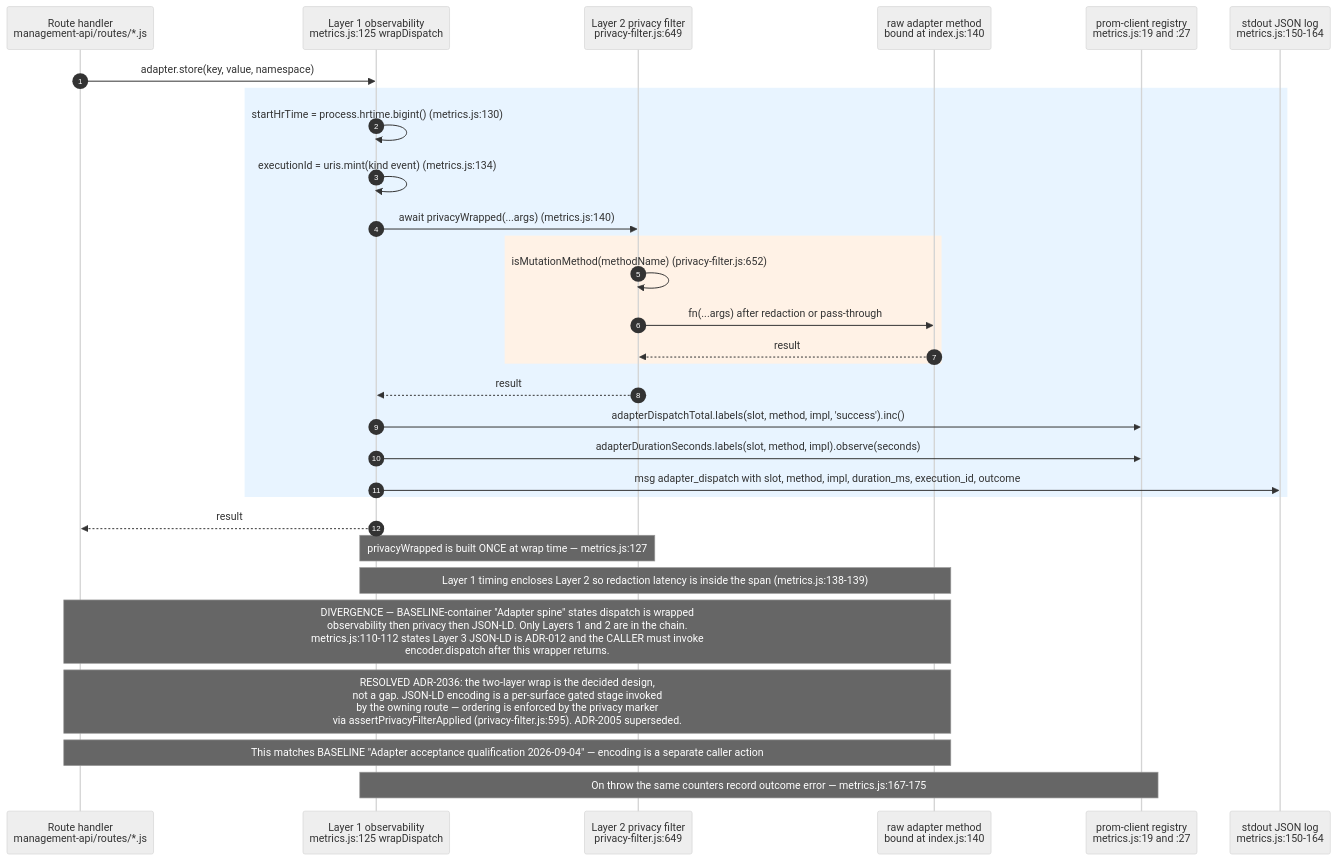
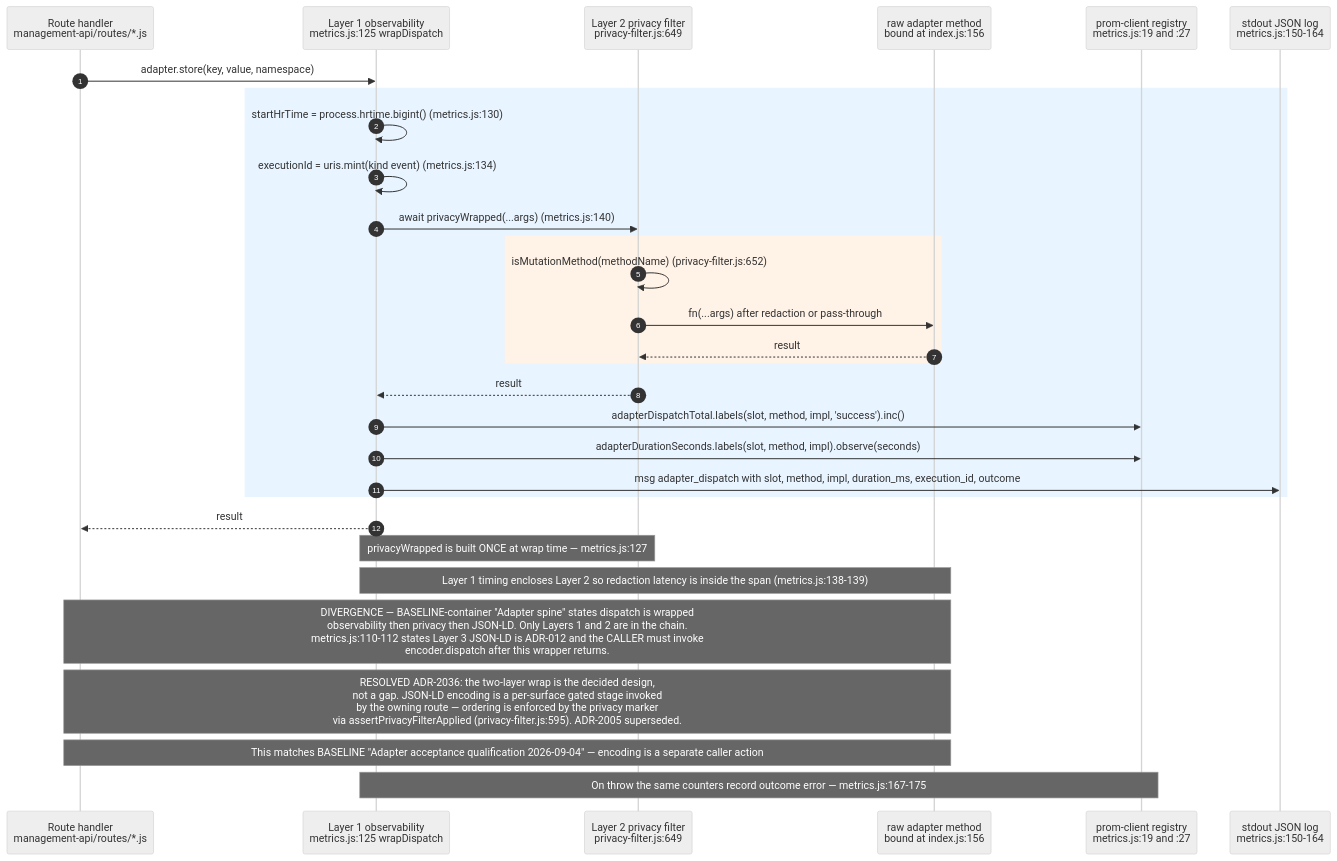
The fourth of 16 diagrams in docs/diagrams/agentbox/04-adapter-spine.md (DreamLab-AI/AR-AI-Knowledge-Graph), drawn with Mermaid (neutral theme) before and after one commit. The commit also changed other lines of this file and 73 other files, not shown here.

First line of the commit message:
docs(diagrams): re-verify all 71 topic files against HEAD; add --cite-check

````diff
--- a/docs/diagrams/agentbox/04-adapter-spine.md
+++ b/docs/diagrams/agentbox/04-adapter-spine.md
@@ -177,33 +178,33 @@
 ```mermaid
 sequenceDiagram
     autonumber
     participant C as Route handler<br/>management-api/routes/*.js
     participant L1 as Layer 1 observability<br/>metrics.js:125 wrapDispatch
     participant L2 as Layer 2 privacy filter<br/>privacy-filter.js:649
-    participant FN as raw adapter method<br/>bound at index.js:140
+    participant FN as raw adapter method<br/>bound at index.js:156
     participant PM as prom-client registry<br/>metrics.js:19 and :27
     participant LOG as stdout JSON log<br/>metrics.js:150-164
 
     C->>L1: adapter.store(key, value, namespace)
     rect rgb(232, 244, 255)
         L1->>L1: startHrTime = process.hrtime.bigint() (metrics.js:130)
         L1->>L1: executionId = uris.mint(kind event) (metrics.js:134)
         L1->>L2: await privacyWrapped(...args) (metrics.js:140)
         rect rgb(255, 242, 230)
             L2->>L2: isMutationMethod(methodName) (privacy-filter.js:652)
             L2->>FN: fn(...args) after redaction or pass-through
             FN-->>L2: result
         end
         L2-->>L1: result
         L1->>PM: adapterDispatchTotal.labels(slot, method, impl, 'success').inc()
         L1->>PM: adapterDurationSeconds.labels(slot, method, impl).observe(seconds)
         L1->>LOG: msg adapter_dispatch with slot, method, impl, duration_ms, execution_id, outcome
     end
     L1-->>C: result
     Note over L1,L2: privacyWrapped is built ONCE at wrap time — metrics.js:127
     Note over L1,FN: Layer 1 timing encloses Layer 2 so redaction latency is inside the span (metrics.js:138-139)
     Note over C,FN: DIVERGENCE — BASELINE-container "Adapter spine" states dispatch is wrapped<br/>observability then privacy then JSON-LD. Only Layers 1 and 2 are in the chain.<br/>metrics.js:110-112 states Layer 3 JSON-LD is ADR-012 and the CALLER must invoke<br/>encoder.dispatch after this wrapper returns.
     Note over C,FN: RESOLVED ADR-2036: the two-layer wrap is the decided design,<br/>not a gap. JSON-LD encoding is a per-surface gated stage invoked<br/>by the owning route — ordering is enforced by the privacy marker<br/>via assertPrivacyFilterApplied (privacy-filter.js:595). ADR-2005 superseded.
     Note over C,FN: This matches BASELINE "Adapter acceptance qualification 2026-09-04" — encoding is a separate caller action
     Note over L1,PM: On throw the same counters record outcome error — metrics.js:167-175
 ```
````
